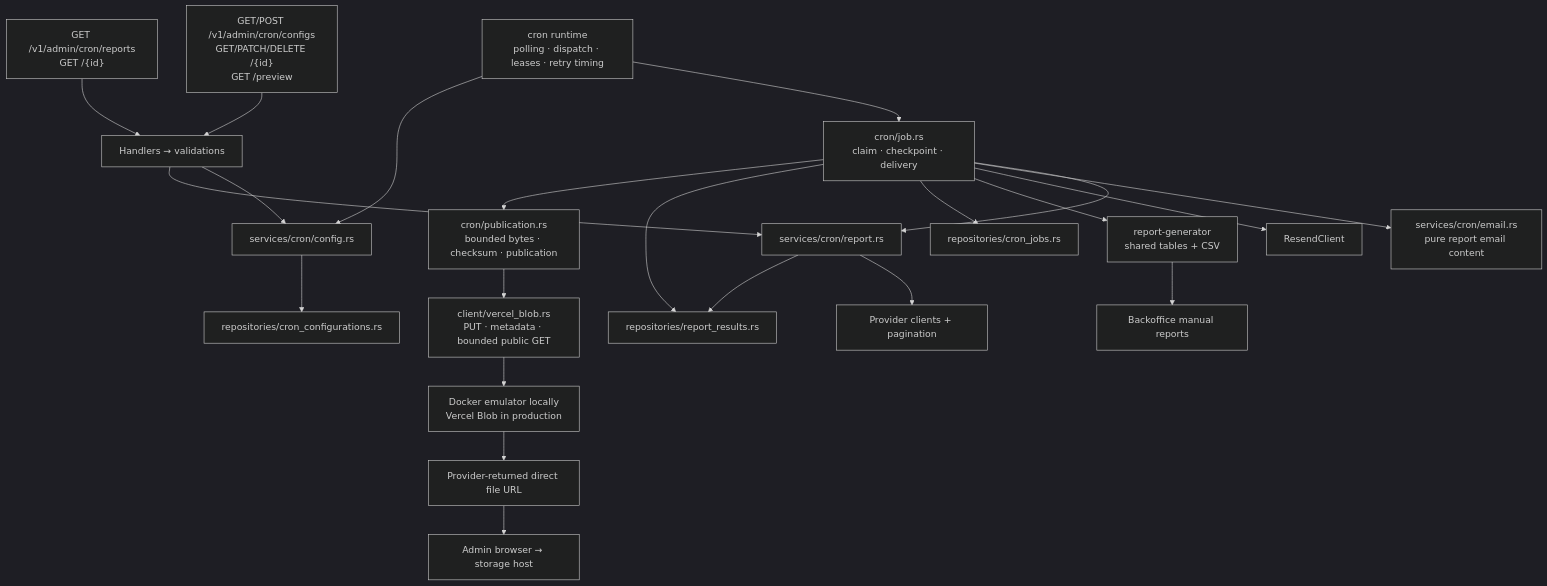
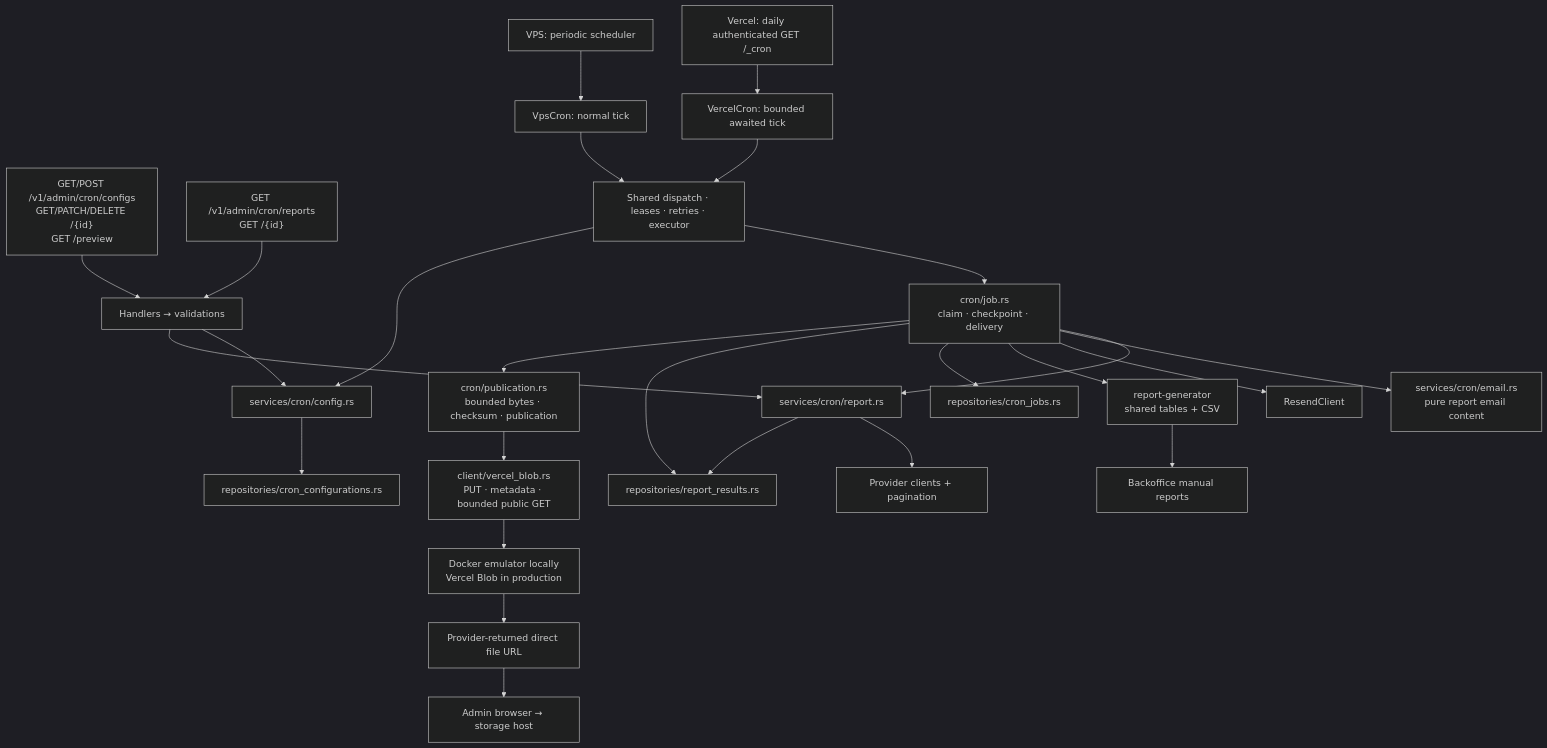
One commit to enzumeii/monolith changed the first of 3 diagrams in docs/cron.md. Above: the diagram before and after it, drawn with Mermaid (dark theme). The commit also changed other lines of this file and 87 other files, not shown here.

````diff
--- a/docs/cron.md
+++ b/docs/cron.md
@@ -5,24 +5,28 @@
 ```mermaid
 flowchart TD
   A["GET/POST /v1/admin/cron/configs<br/>GET/PATCH/DELETE /{id}<br/>GET /preview"] --> H["Handlers → validations"]
   B["GET /v1/admin/cron/reports<br/>GET /{id}"] --> H
   H --> C["services/cron/config.rs"]
   H --> R["services/cron/report.rs"]
-  W["cron runtime<br/>polling · dispatch · leases · retry timing"] --> J["cron/job.rs<br/>claim · checkpoint · delivery"]
+  TRIGGER["Vercel: daily authenticated GET /_cron"] --> VERCEL["VercelCron: bounded awaited tick"]
+  VPS["VPS: periodic scheduler"] --> VPSCRON["VpsCron: normal tick"]
+  VERCEL --> W["Shared dispatch · leases · retries · executor"]
+  VPSCRON --> W
+  W --> J["cron/job.rs<br/>claim · checkpoint · delivery"]
   W --> C
   J --> R
   J --> E["services/cron/email.rs<br/>pure report email content"]
   J --> RC["ResendClient"]
   R --> P["Provider clients + pagination"]
   J --> G["report-generator<br/>shared tables + CSV"]
   G --> UI["Backoffice manual reports"]
   C --> CR["repositories/cron_configurations.rs"]
   J --> JR["repositories/cron_jobs.rs"]
   J --> AR["repositories/report_results.rs"]
   R --> AR
   J --> S["cron/publication.rs<br/>bounded bytes · checksum · publication"]
   S --> LB["client/vercel_blob.rs<br/>PUT · metadata · bounded public GET"]
   LB --> V["Docker emulator locally<br/>Vercel Blob in production"]
   V --> U["Provider-returned direct file URL"]
   U --> Browser["Admin browser → storage host"]
 ```
````
